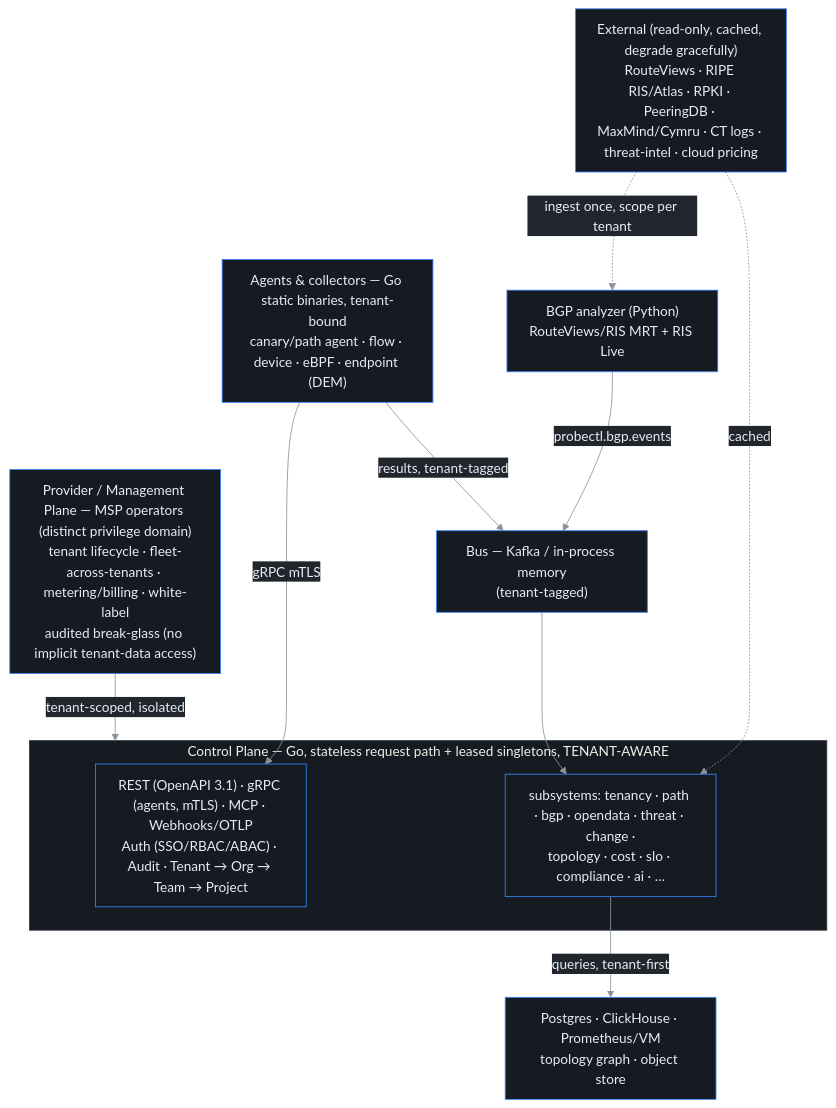
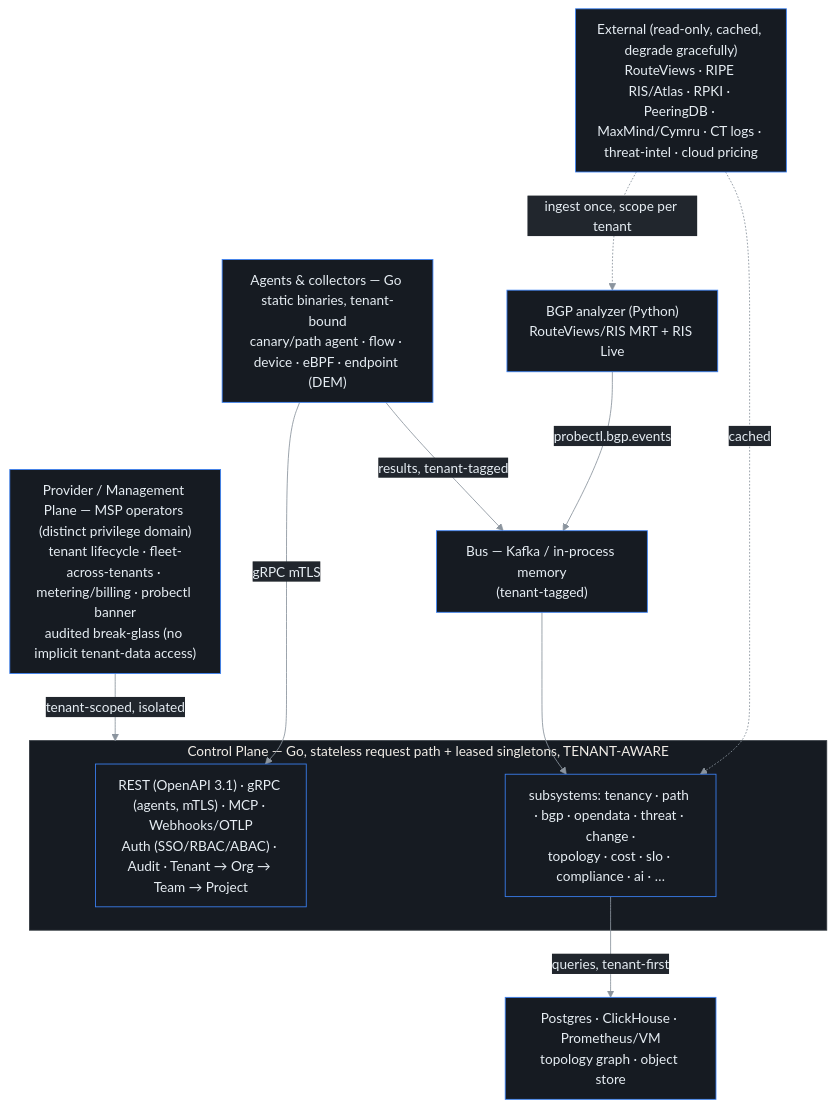
One commit to ctlplne/probectl changed the first of 7 diagrams in docs/architecture.md. Above: the diagram before and after it, drawn with Mermaid. The commit also changed 62 other files, not shown here.

````diff
--- a/docs/architecture.md
+++ b/docs/architecture.md
@@ -17,25 +17,25 @@
 ```mermaid
 %%{init: {'theme':'base','themeVariables':{'background':'#0d1117','primaryColor':'#161b22','primaryTextColor':'#e6edf3','primaryBorderColor':'#3b82f6','lineColor':'#8b949e','secondaryColor':'#21262d','tertiaryColor':'#0d1117','clusterBkg':'#161b22','clusterBorder':'#30363d','fontFamily':'ui-monospace, SFMono-Regular, Menlo, monospace'},'flowchart':{'curve':'basis','nodeSpacing':55,'rankSpacing':55,'padding':12}}}%%
 flowchart TB
-    Provider["Provider / Management Plane — MSP operators (distinct privilege domain)<br/>tenant lifecycle · fleet-across-tenants · metering/billing · white-label<br/>audited break-glass (no implicit tenant-data access)"]
+    Provider["Provider / Management Plane — MSP operators (distinct privilege domain)<br/>tenant lifecycle · fleet-across-tenants · metering/billing · probectl banner<br/>audited break-glass (no implicit tenant-data access)"]
 
     subgraph CP["Control Plane — Go, stateless request path + leased singletons, TENANT-AWARE"]
         Edge["REST (OpenAPI 3.1) · gRPC (agents, mTLS) · MCP · Webhooks/OTLP<br/>Auth (SSO/RBAC/ABAC) · Audit · Tenant → Org → Team → Project"]
         Subsys["subsystems: tenancy · path · bgp · opendata · threat · change ·<br/>topology · cost · slo · compliance · ai · …"]
     end
 
     Agents["Agents & collectors — Go static binaries, tenant-bound<br/>canary/path agent · flow · device · eBPF · endpoint (DEM)"]
     Analyzer["BGP analyzer (Python)<br/>RouteViews/RIS MRT + RIS Live"]
     Bus["Bus — Kafka / in-process memory<br/>(tenant-tagged)"]
     Stores["Postgres · ClickHouse · Prometheus/VM<br/>topology graph · object store"]
     External["External (read-only, cached, degrade gracefully)<br/>RouteViews · RIPE RIS/Atlas · RPKI · PeeringDB · MaxMind/Cymru · CT logs · threat-intel · cloud pricing"]
 
     Provider -->|tenant-scoped, isolated| CP
     Agents -->|gRPC mTLS| Edge
     Analyzer -->|probectl.bgp.events| Bus
     Agents -->|results, tenant-tagged| Bus
     Bus --> Subsys
     Subsys -->|queries, tenant-first| Stores
     External -.->|ingest once, scope per tenant| Analyzer
     External -.->|cached| Subsys
 ```
````
